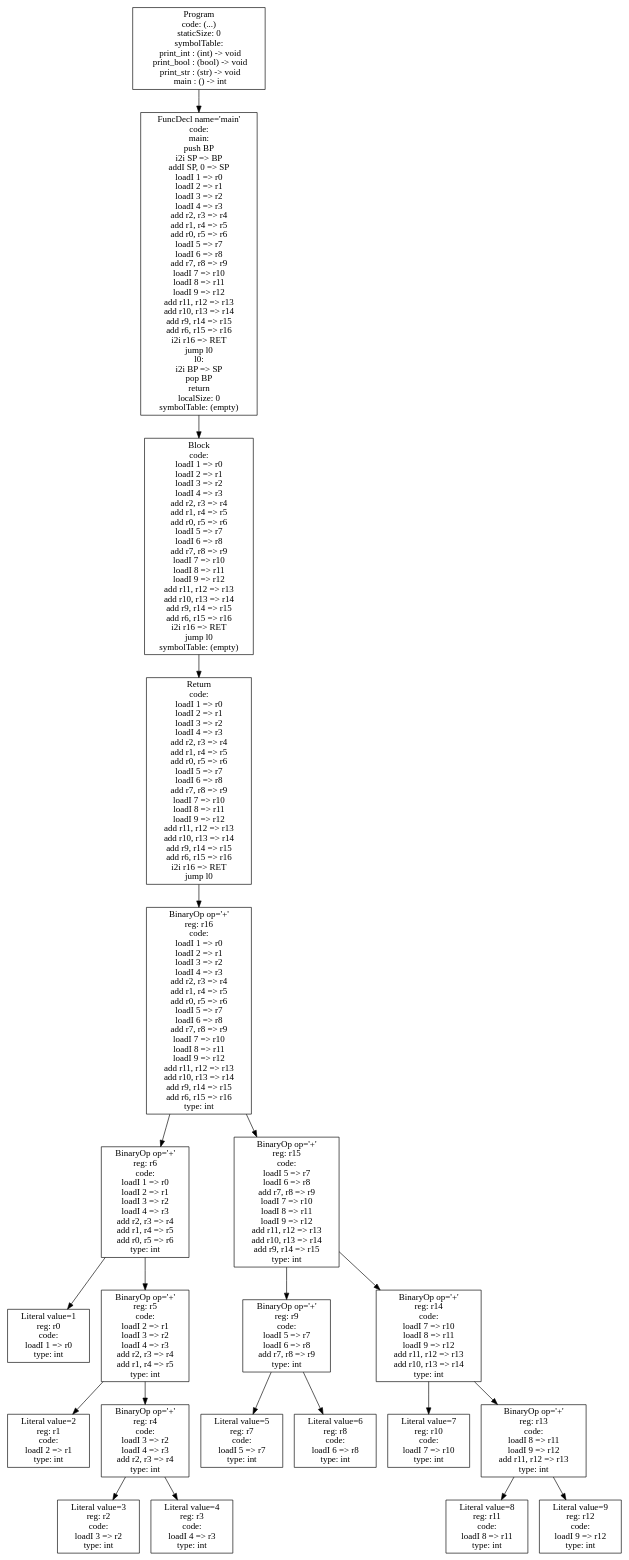
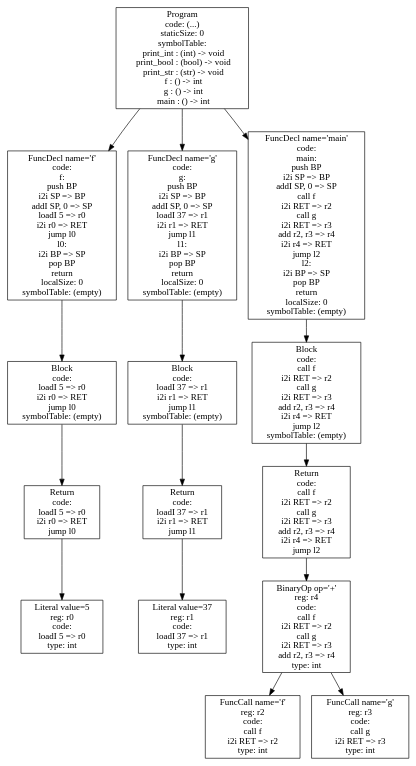
Before and after one commit to purejerome/cs432_project: the diagram in p4-codegen/tests2/iloc-tree.dot, drawn with Graphviz. The commit also changed 336 other files, not shown here.

```diff
--- a/p4-codegen/tests2/iloc-tree.dot
+++ b/p4-codegen/tests2/iloc-tree.dot
@@ -1,43 +1,31 @@
 digraph AST {
-6 [shape=box, label="Literal value=1\nreg: r0\ncode: \nloadI 1 => r0\ntype: int"];
-8 [shape=box, label="Literal value=2\nreg: r1\ncode: \nloadI 2 => r1\ntype: int"];
-10 [shape=box, label="Literal value=3\nreg: r2\ncode: \nloadI 3 => r2\ntype: int"];
-11 [shape=box, label="Literal value=4\nreg: r3\ncode: \nloadI 4 => r3\ntype: int"];
-9 [shape=box, label="BinaryOp op='+'\nreg: r4\ncode: \nloadI 3 => r2\nloadI 4 => r3\nadd r2, r3 => r4\ntype: int"];
+4 [shape=box, label="Literal value=5\nreg: r0\ncode: \nloadI 5 => r0\ntype: int"];
+3 [shape=box, label="Return\ncode: \nloadI 5 => r0\ni2i r0 => RET\njump l0"];
+3 -> 4;
+2 [shape=box, label="Block\ncode: \nloadI 5 => r0\ni2i r0 => RET\njump l0\nsymbolTable: (empty)"];
+2 -> 3;
+1 [shape=box, label="FuncDecl name='f'\ncode: \nf:\npush BP\ni2i SP => BP\naddI SP, 0 => SP\nloadI 5 => r0\ni2i r0 => RET\njump l0\nl0:\ni2i BP => SP\npop BP\nreturn\nlocalSize: 0\nsymbolTable: (empty)"];
+1 -> 2;
+8 [shape=box, label="Literal value=37\nreg: r1\ncode: \nloadI 37 => r1\ntype: int"];
+7 [shape=box, label="Return\ncode: \nloadI 37 => r1\ni2i r1 => RET\njump l1"];
+7 -> 8;
+6 [shape=box, label="Block\ncode: \nloadI 37 => r1\ni2i r1 => RET\njump l1\nsymbolTable: (empty)"];
+6 -> 7;
+5 [shape=box, label="FuncDecl name='g'\ncode: \ng:\npush BP\ni2i SP => BP\naddI SP, 0 => SP\nloadI 37 => r1\ni2i r1 => RET\njump l1\nl1:\ni2i BP => SP\npop BP\nreturn\nlocalSize: 0\nsymbolTable: (empty)"];
+5 -> 6;
+13 [shape=box, label="FuncCall name='f'\nreg: r2\ncode: \ncall f\ni2i RET => r2\ntype: int"];
+14 [shape=box, label="FuncCall name='g'\nreg: r3\ncode: \ncall g\ni2i RET => r3\ntype: int"];
+12 [shape=box, label="BinaryOp op='+'\nreg: r4\ncode: \ncall f\ni2i RET => r2\ncall g\ni2i RET => r3\nadd r2, r3 => r4\ntype: int"];
+12 -> 13;
+12 -> 14;
+11 [shape=box, label="Return\ncode: \ncall f\ni2i RET => r2\ncall g\ni2i RET => r3\nadd r2, r3 => r4\ni2i r4 => RET\njump l2"];
+11 -> 12;
+10 [shape=box, label="Block\ncode: \ncall f\ni2i RET => r2\ncall g\ni2i RET => r3\nadd r2, r3 => r4\ni2i r4 => RET\njump l2\nsymbolTable: (empty)"];
+10 -> 11;
+9 [shape=box, label="FuncDecl name='main'\ncode: \nmain:\npush BP\ni2i SP => BP\naddI SP, 0 => SP\ncall f\ni2i RET => r2\ncall g\ni2i RET => r3\nadd r2, r3 => r4\ni2i r4 => RET\njump l2\nl2:\ni2i BP => SP\npop BP\nreturn\nlocalSize: 0\nsymbolTable: (empty)"];
 9 -> 10;
-9 -> 11;
-7 [shape=box, label="BinaryOp op='+'\nreg: r5\ncode: \nloadI 2 => r1\nloadI 3 => r2\nloadI 4 => r3\nadd r2, r3 => r4\nadd r1, r4 => r5\ntype: int"];
-7 -> 8;
-7 -> 9;
-5 [shape=box, label="BinaryOp op='+'\nreg: r6\ncode: \nloadI 1 => r0\nloadI 2 => r1\nloadI 3 => r2\nloadI 4 => r3\nadd r2, r3 => r4\nadd r1, r4 => r5\nadd r0, r5 => r6\ntype: int"];
-5 -> 6;
-5 -> 7;
-14 [shape=box, label="Literal value=5\nreg: r7\ncode: \nloadI 5 => r7\ntype: int"];
-15 [shape=box, label="Literal value=6\nreg: r8\ncode: \nloadI 6 => r8\ntype: int"];
-13 [shape=box, label="BinaryOp op='+'\nreg: r9\ncode: \nloadI 5 => r7\nloadI 6 => r8\nadd r7, r8 => r9\ntype: int"];
-13 -> 14;
-13 -> 15;
-17 [shape=box, label="Literal value=7\nreg: r10\ncode: \nloadI 7 => r10\ntype: int"];
-19 [shape=box, label="Literal value=8\nreg: r11\ncode: \nloadI 8 => r11\ntype: int"];
-20 [shape=box, label="Literal value=9\nreg: r12\ncode: \nloadI 9 => r12\ntype: int"];
-18 [shape=box, label="BinaryOp op='+'\nreg: r13\ncode: \nloadI 8 => r11\nloadI 9 => r12\nadd r11, r12 => r13\ntype: int"];
-18 -> 19;
-18 -> 20;
-16 [shape=box, label="BinaryOp op='+'\nreg: r14\ncode: \nloadI 7 => r10\nloadI 8 => r11\nloadI 9 => r12\nadd r11, r12 => r13\nadd r10, r13 => r14\ntype: int"];
-16 -> 17;
-16 -> 18;
-12 [shape=box, label="BinaryOp op='+'\nreg: r15\ncode: \nloadI 5 => r7\nloadI 6 => r8\nadd r7, r8 => r9\nloadI 7 => r10\nloadI 8 => r11\nloadI 9 => r12\nadd r11, r12 => r13\nadd r10, r13 => r14\nadd r9, r14 => r15\ntype: int"];
-12 -> 13;
-12 -> 16;
-4 [shape=box, label="BinaryOp op='+'\nreg: r16\ncode: \nloadI 1 => r0\nloadI 2 => r1\nloadI 3 => r2\nloadI 4 => r3\nadd r2, r3 => r4\nadd r1, r4 => r5\nadd r0, r5 => r6\nloadI 5 => r7\nloadI 6 => r8\nadd r7, r8 => r9\nloadI 7 => r10\nloadI 8 => r11\nloadI 9 => r12\nadd r11, r12 => r13\nadd r10, r13 => r14\nadd r9, r14 => r15\nadd r6, r15 => r16\ntype: int"];
-4 -> 5;
-4 -> 12;
-3 [shape=box, label="Return\ncode: \nloadI 1 => r0\nloadI 2 => r1\nloadI 3 => r2\nloadI 4 => r3\nadd r2, r3 => r4\nadd r1, r4 => r5\nadd r0, r5 => r6\nloadI 5 => r7\nloadI 6 => r8\nadd r7, r8 => r9\nloadI 7 => r10\nloadI 8 => r11\nloadI 9 => r12\nadd r11, r12 => r13\nadd r10, r13 => r14\nadd r9, r14 => r15\nadd r6, r15 => r16\ni2i r16 => RET\njump l0"];
-3 -> 4;
-2 [shape=box, label="Block\ncode: \nloadI 1 => r0\nloadI 2 => r1\nloadI 3 => r2\nloadI 4 => r3\nadd r2, r3 => r4\nadd r1, r4 => r5\nadd r0, r5 => r6\nloadI 5 => r7\nloadI 6 => r8\nadd r7, r8 => r9\nloadI 7 => r10\nloadI 8 => r11\nloadI 9 => r12\nadd r11, r12 => r13\nadd r10, r13 => r14\nadd r9, r14 => r15\nadd r6, r15 => r16\ni2i r16 => RET\njump l0\nsymbolTable: (empty)"];
-2 -> 3;
-1 [shape=box, label="FuncDecl name='main'\ncode: \nmain:\npush BP\ni2i SP => BP\naddI SP, 0 => SP\nloadI 1 => r0\nloadI 2 => r1\nloadI 3 => r2\nloadI 4 => r3\nadd r2, r3 => r4\nadd r1, r4 => r5\nadd r0, r5 => r6\nloadI 5 => r7\nloadI 6 => r8\nadd r7, r8 => r9\nloadI 7 => r10\nloadI 8 => r11\nloadI 9 => r12\nadd r11, r12 => r13\nadd r10, r13 => r14\nadd r9, r14 => r15\nadd r6, r15 => r16\ni2i r16 => RET\njump l0\nl0:\ni2i BP => SP\npop BP\nreturn\nlocalSize: 0\nsymbolTable: (empty)"];
-1 -> 2;
-0 [shape=box, label="Program\ncode: (...)\nstaticSize: 0\nsymbolTable: \n  print_int : (int) -> void\n  print_bool : (bool) -> void\n  print_str : (str) -> void\n  main : () -> int"];
+0 [shape=box, label="Program\ncode: (...)\nstaticSize: 0\nsymbolTable: \n  print_int : (int) -> void\n  print_bool : (bool) -> void\n  print_str : (str) -> void\n  f : () -> int\n  g : () -> int\n  main : () -> int"];
 0 -> 1;
+0 -> 5;
+0 -> 9;
 }
```
